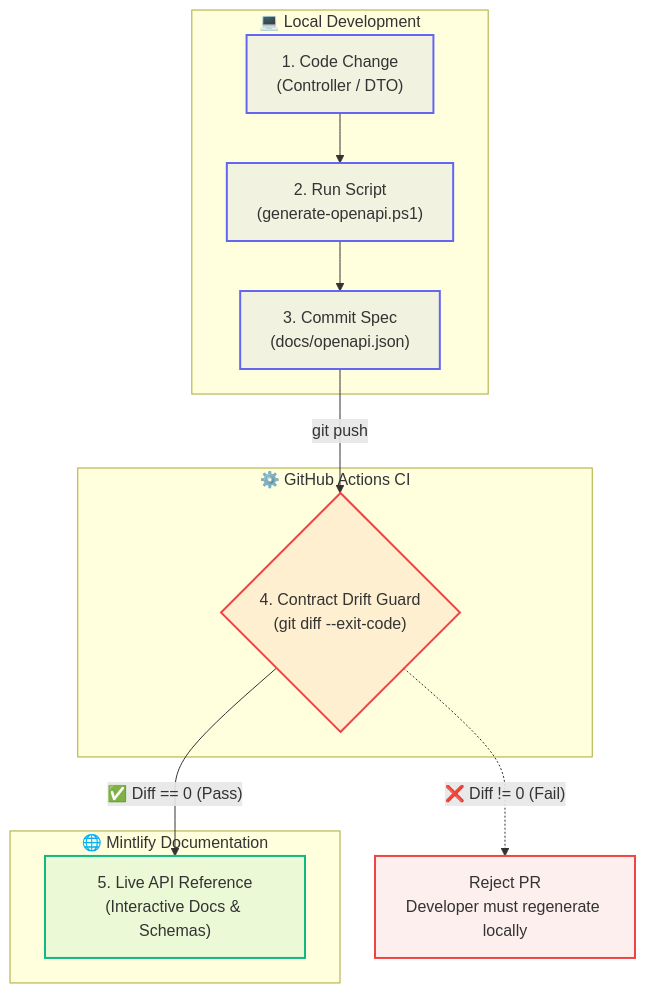
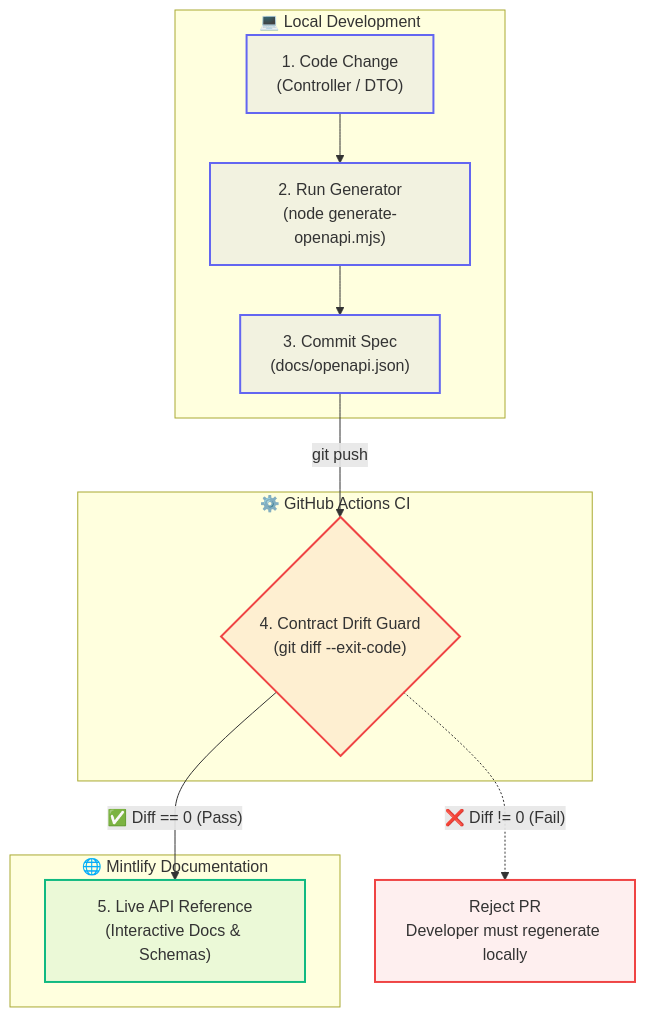
Before and after one commit to Sanjeev1393/Coding-Platform: the diagram in docs/api-design.md, drawn with Mermaid. The commit also changed 8 other files, not shown here.

Commit message:
refactor(docs): unify openapi generation on universal node script and remove redundant ps1/sh wrappers

````diff
--- a/docs/api-design.md
+++ b/docs/api-design.md
@@ -50,25 +50,25 @@
 ```mermaid
 flowchart TD
     classDef localNode fill:#6366f115,stroke:#6366f1,stroke-width:2px;
     classDef ciNode fill:#ef444415,stroke:#ef4444,stroke-width:2px;
     classDef passNode fill:#10b98115,stroke:#10b981,stroke-width:2px;
 
     subgraph LocalDev ["💻 Local Development"]
         A["1. Code Change<br/>(Controller / DTO)"]:::localNode
-        B["2. Run Script<br/>(generate-openapi.ps1)"]:::localNode
+        B["2. Run Generator<br/>(node generate-openapi.mjs)"]:::localNode
         C["3. Commit Spec<br/>(docs/openapi.json)"]:::localNode
         A --> B --> C
     end
 
     subgraph GitHubCI ["⚙️ GitHub Actions CI"]
         D{"4. Contract Drift Guard<br/>(git diff --exit-code)"}:::ciNode
     end
 
     subgraph ProductionDocs ["🌐 Mintlify Documentation"]
         E["5. Live API Reference<br/>(Interactive Docs & Schemas)"]:::passNode
     end
 
     C -->|"git push"| D
     D -->|"✅ Diff == 0 (Pass)"| E
     D -.->|"❌ Diff != 0 (Fail)"| F["Reject PR<br/>Developer must regenerate locally"]:::ciNode
 ```
````
